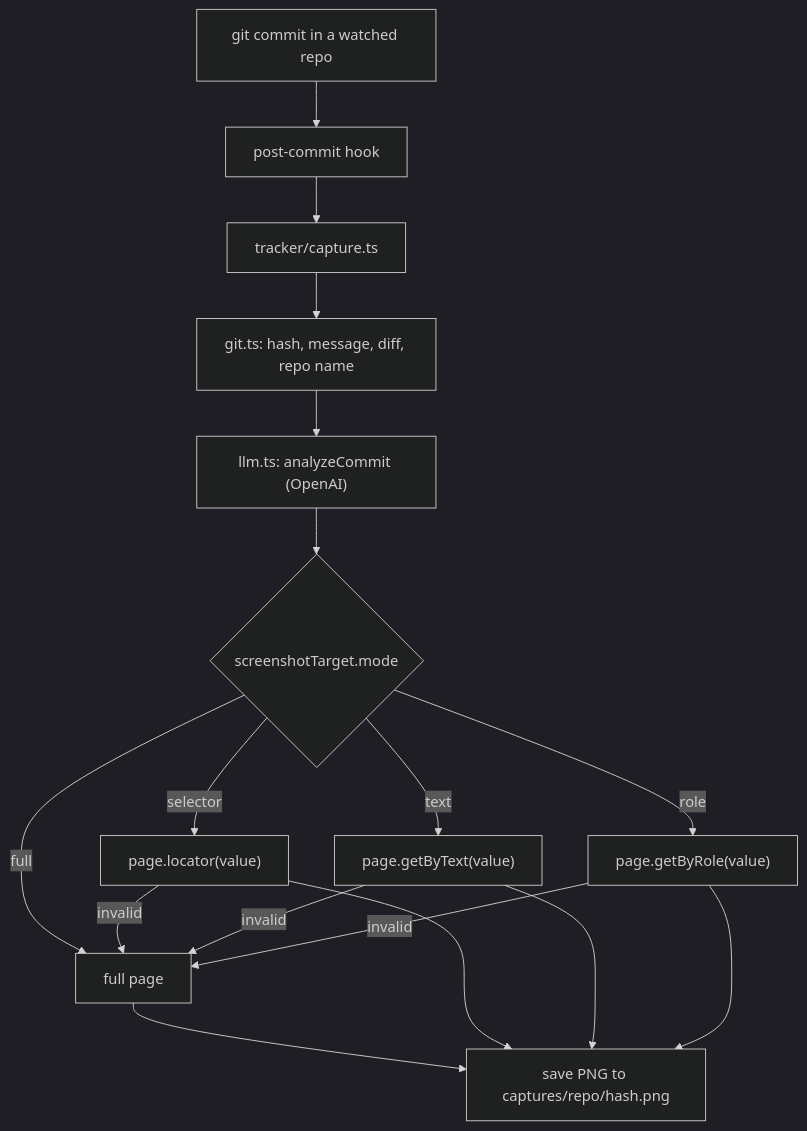
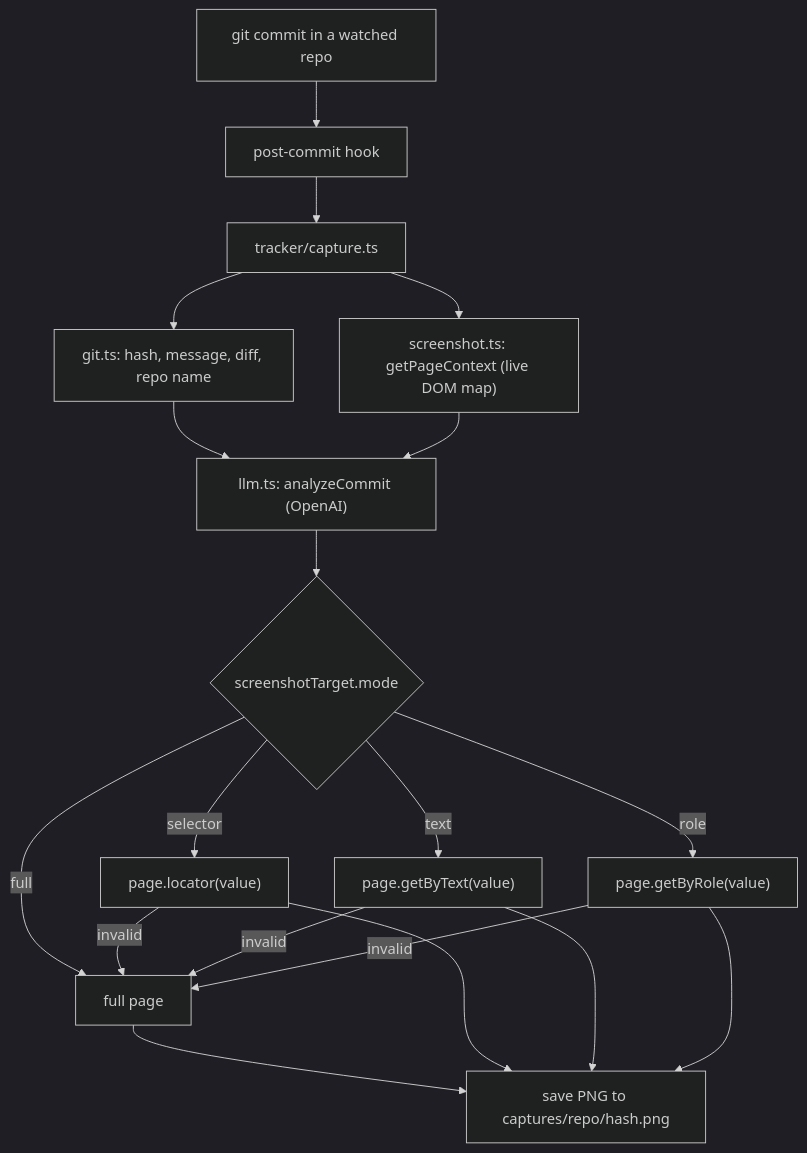
One commit to andytluminosity/DesignTrail changed the diagram in README.md. Above: the diagram before and after it, drawn with Mermaid (dark theme). The commit also changed other lines of this file and 4 other files, not shown here.

Commit message:
Give LLM context of repo with getPageContext

````diff
--- a/README.md
+++ b/README.md
@@ -10,19 +10,21 @@
 ```mermaid
 flowchart TD
   commit[git commit in a watched repo] --> hook[post-commit hook]
   hook --> capture[tracker/capture.ts]
   capture --> git["git.ts: hash, message, diff, repo name"]
+  capture --> dom["screenshot.ts: getPageContext (live DOM map)"]
   git --> llm["llm.ts: analyzeCommit (OpenAI)"]
+  dom --> llm
   llm --> decide{"screenshotTarget.mode"}
   decide -->|full| full[full page]
   decide -->|selector| sel["page.locator(value)"]
   decide -->|text| txt["page.getByText(value)"]
   decide -->|role| role["page.getByRole(value)"]
   sel -->|invalid| full
   txt -->|invalid| full
   role -->|invalid| full
   full --> save["save PNG to captures/repo/hash.png"]
   sel --> save
   txt --> save
   role --> save
 ```
````
